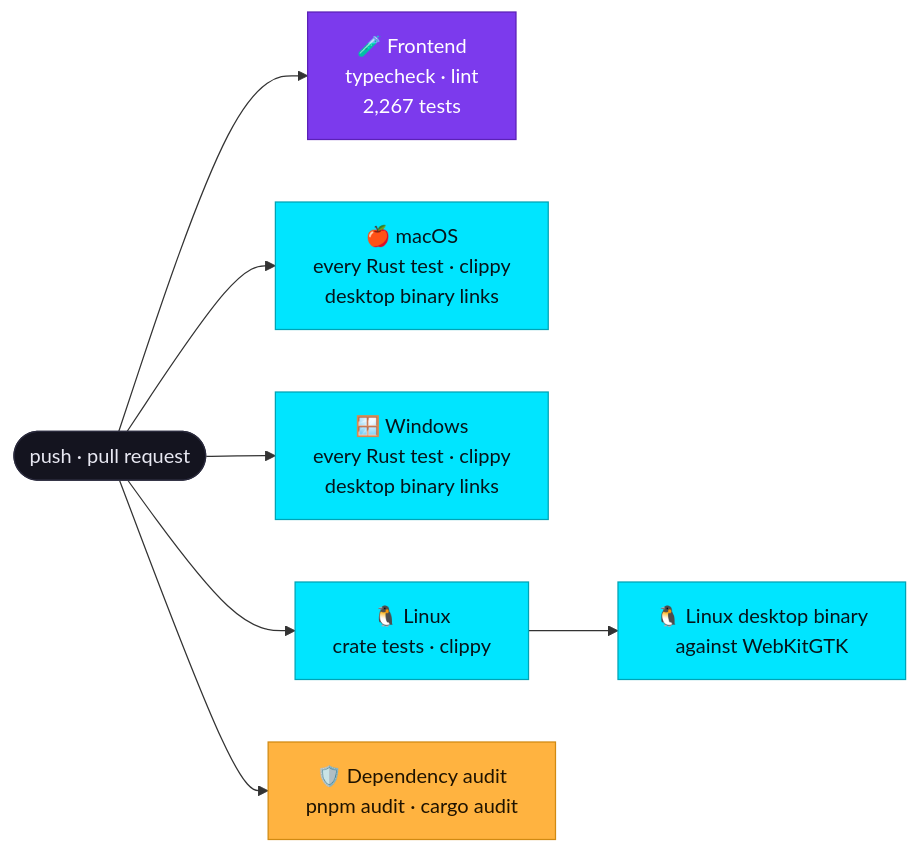
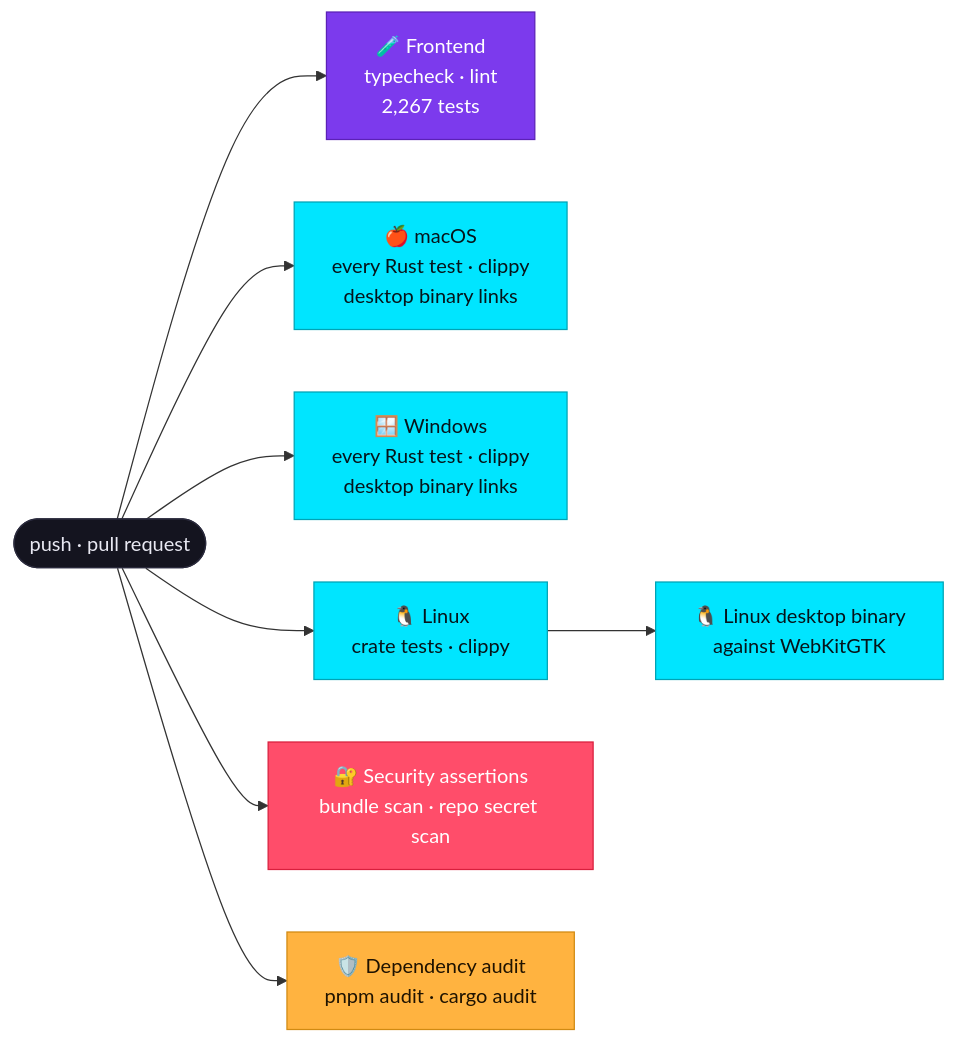
One commit to kartikeyajay2006/jky-terminal changed the diagram in README.md. Above: the diagram before and after it, drawn with Mermaid. The commit also changed other lines of this file and 2 other files, not shown here.

Commit message:
docs: describe the security-assertions CI job
The CI descriptions listed every job except the one that rebuilds the bundle,
scans it for credentials, and fails if an API key for any supported provider
is committed outside docs/. It now appears in the README pipeline, the
operations guide and the security guide's list of enforced checks.

````diff
--- a/README.md
+++ b/README.md
@@ -455,14 +455,16 @@
 ```mermaid
 flowchart LR
-    P([push · pull request]):::ink --> FE & MAC & WIN & LIN & AUD
+    P([push · pull request]):::ink --> FE & MAC & WIN & LIN & SEC & AUD
     FE["🧪 Frontend<br/>typecheck · lint<br/>2,267 tests"]:::violet
     MAC["🍎 macOS<br/>every Rust test · clippy<br/>desktop binary links"]:::cyan
     WIN["🪟 Windows<br/>every Rust test · clippy<br/>desktop binary links"]:::cyan
     LIN["🐧 Linux<br/>crate tests · clippy"]:::cyan --> LDB["🐧 Linux desktop binary<br/>against WebKitGTK"]:::cyan
+    SEC["🔐 Security assertions<br/>bundle scan · repo secret scan"]:::red
     AUD["🛡️ Dependency audit<br/>pnpm audit · cargo audit"]:::amber
 
     classDef ink fill:#14141f,stroke:#2a2a3c,color:#e8e8f2
     classDef cyan fill:#00e5ff,stroke:#00a3b5,color:#06141a
     classDef amber fill:#ffb340,stroke:#d18a12,color:#1f1300
     classDef violet fill:#7c3aed,stroke:#5b21b6,color:#ffffff
+    classDef red fill:#ff4d6a,stroke:#d91f3d,color:#ffffff
 ```
````
